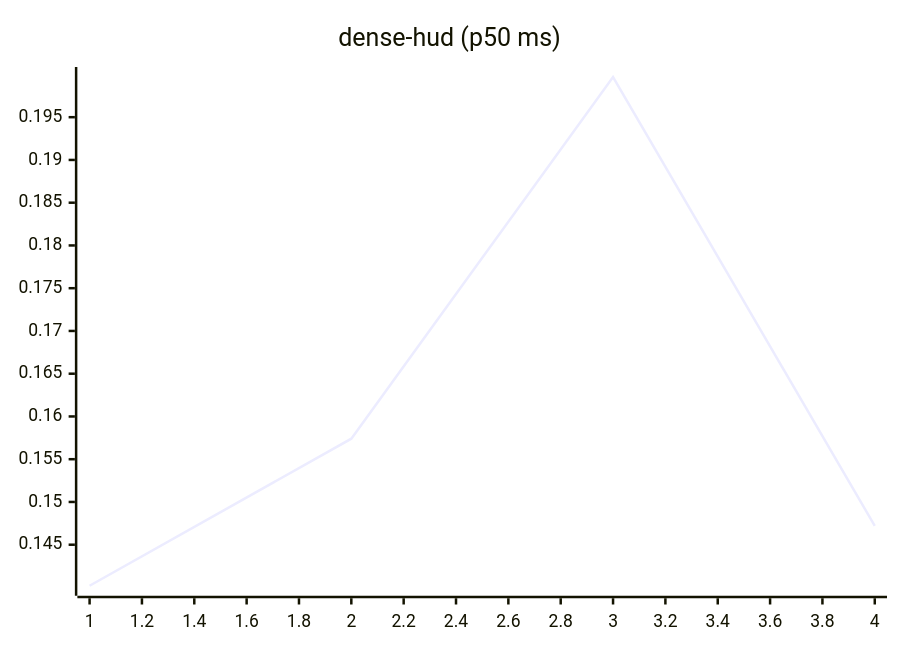
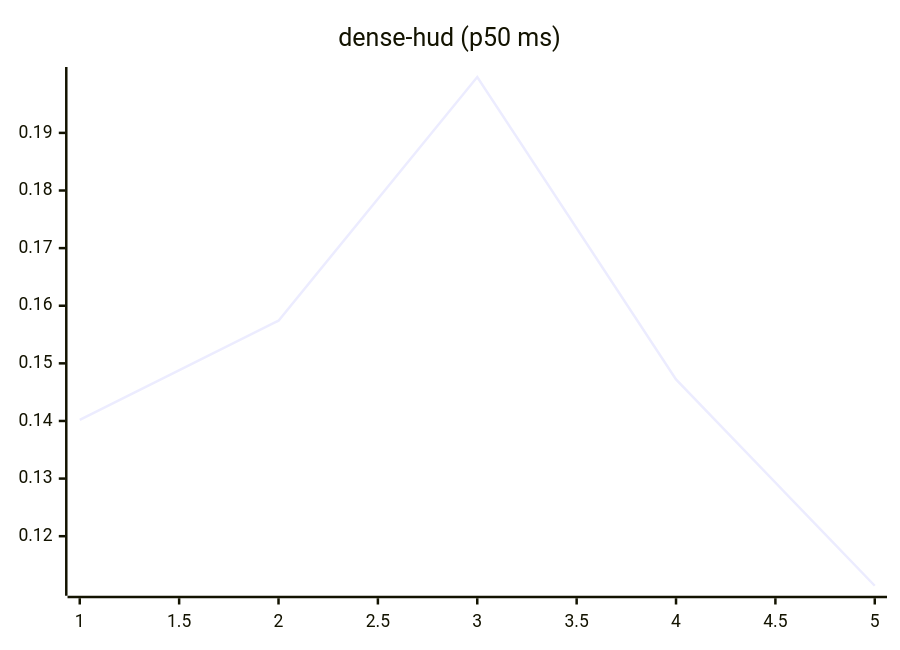
Before and after one commit to josha/Facet: the eighth of 27 diagrams in README.md, drawn with Mermaid. The commit also changed other lines of this file and 2 other files, not shown here.

````diff
--- a/README.md
+++ b/README.md
@@ -112,6 +112,6 @@
 ```mermaid
 xychart-beta
     title "dense-hud (p50 ms)"
-    x-axis 1 --> 4
-    line [0.1402, 0.1574, 0.1997, 0.1472]
+    x-axis 1 --> 5
+    line [0.1402, 0.1574, 0.1997, 0.1472, 0.1114]
 ```
````
